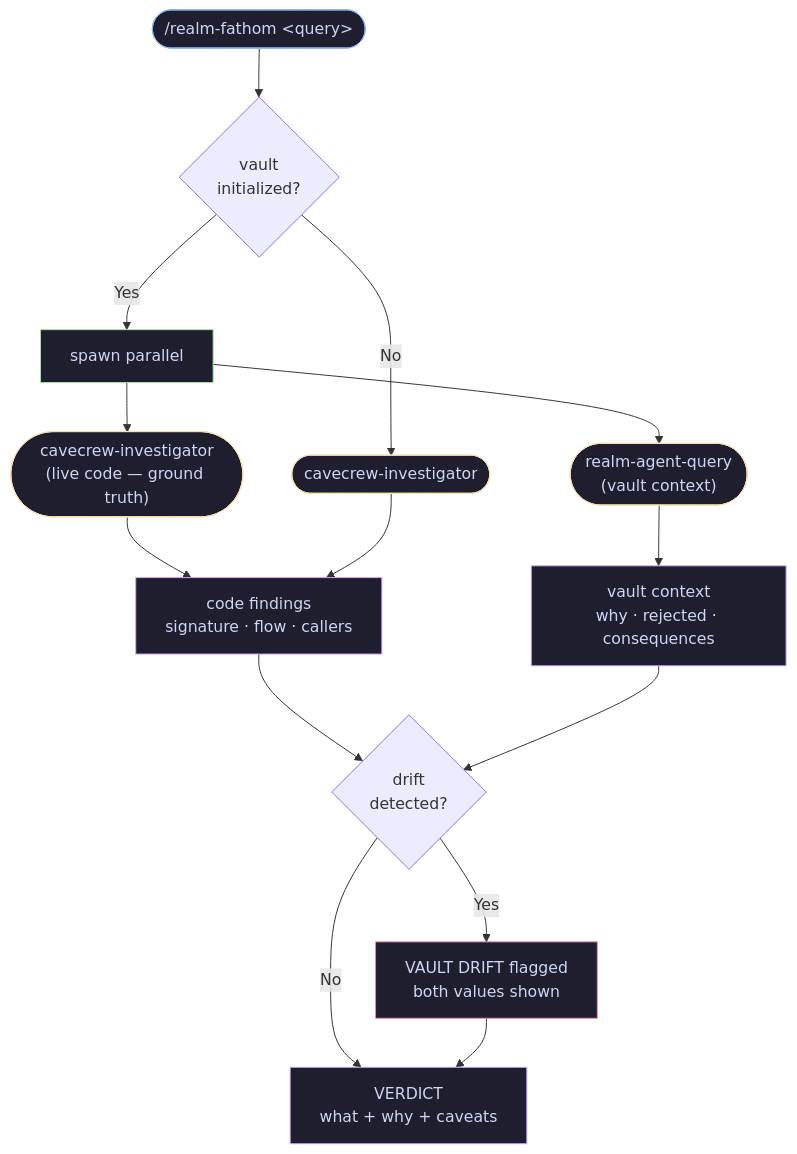
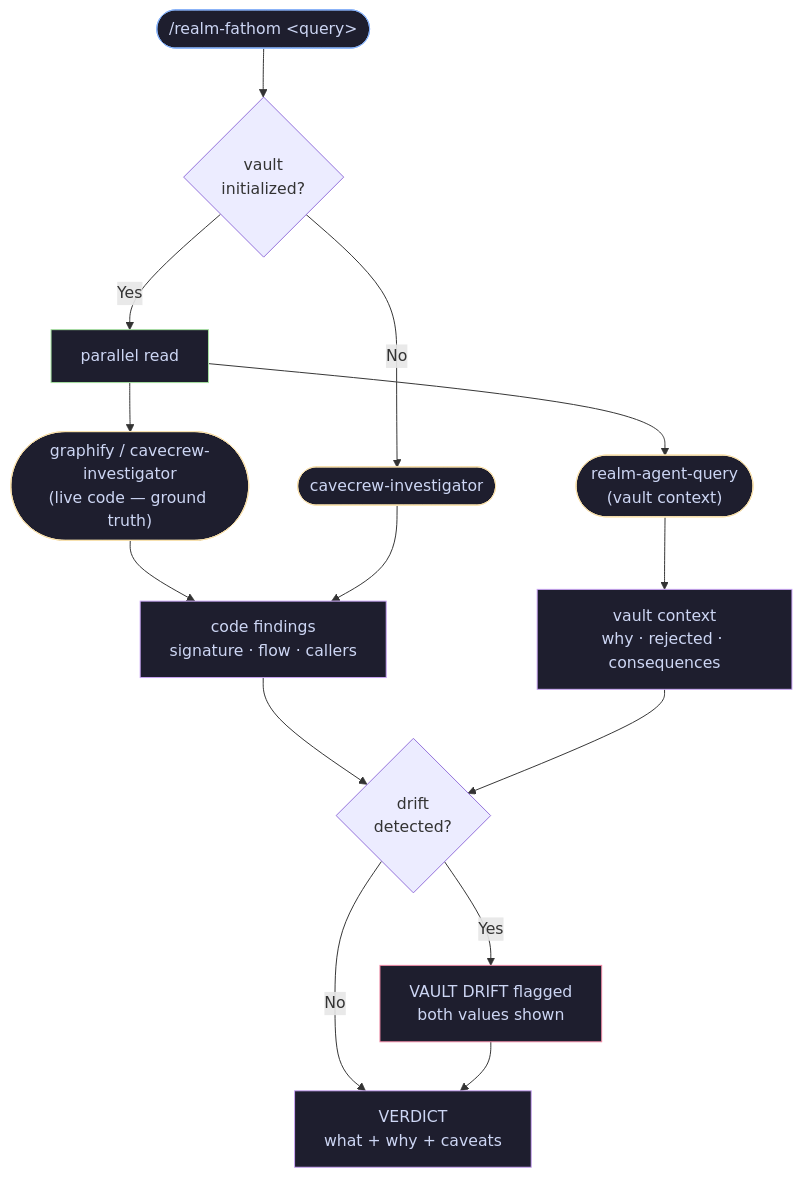
Before and after one commit to blackmo18/realm: the fifth of 8 diagrams in VISUALS.md, drawn with Mermaid. The commit also changed other lines of this file and 99 other files, not shown here.

````diff
--- a/VISUALS.md
+++ b/VISUALS.md
@@ -139,27 +108,27 @@
 ```mermaid
 flowchart TD
     FT(["/realm-fathom &lt;query&gt;"]):::cmd --> GV{vault\ninitialized?}
 
-    GV -->|Yes| PAR["spawn parallel"]:::note
+    GV -->|Yes| PAR["parallel read"]:::note
     GV -->|No| CI2(["cavecrew-investigator"]):::agent
 
-    PAR --> CI(["cavecrew-investigator\n(live code — ground truth)"]):::agent
+    PAR --> CI(["graphify / cavecrew-investigator\n(live code — ground truth)"]):::agent
     PAR --> RQ(["realm-agent-query\n(vault context)"]):::agent
 
     CI  --> CO["code findings\nsignature · flow · callers"]:::out
     RQ  --> VO["vault context\nwhy · rejected · consequences"]:::out
     CI2 --> CO
 
     CO --> DR{drift\ndetected?}
     VO --> DR
 
     DR -->|Yes| DW["VAULT DRIFT flagged\nboth values shown"]:::warn
     DR -->|No| VD["VERDICT\nwhat + why + caveats"]:::out
     DW --> VD
 
     classDef cmd   fill:#1e1e2e,stroke:#89b4fa,color:#cdd6f4
     classDef agent fill:#1e1e2e,stroke:#f9e2af,color:#cdd6f4
     classDef out   fill:#1e1e2e,stroke:#cba6f7,color:#cdd6f4
     classDef note  fill:#1e1e2e,stroke:#a6e3a1,color:#cdd6f4
     classDef warn  fill:#1e1e2e,stroke:#f38ba8,color:#cdd6f4
 ```
````
